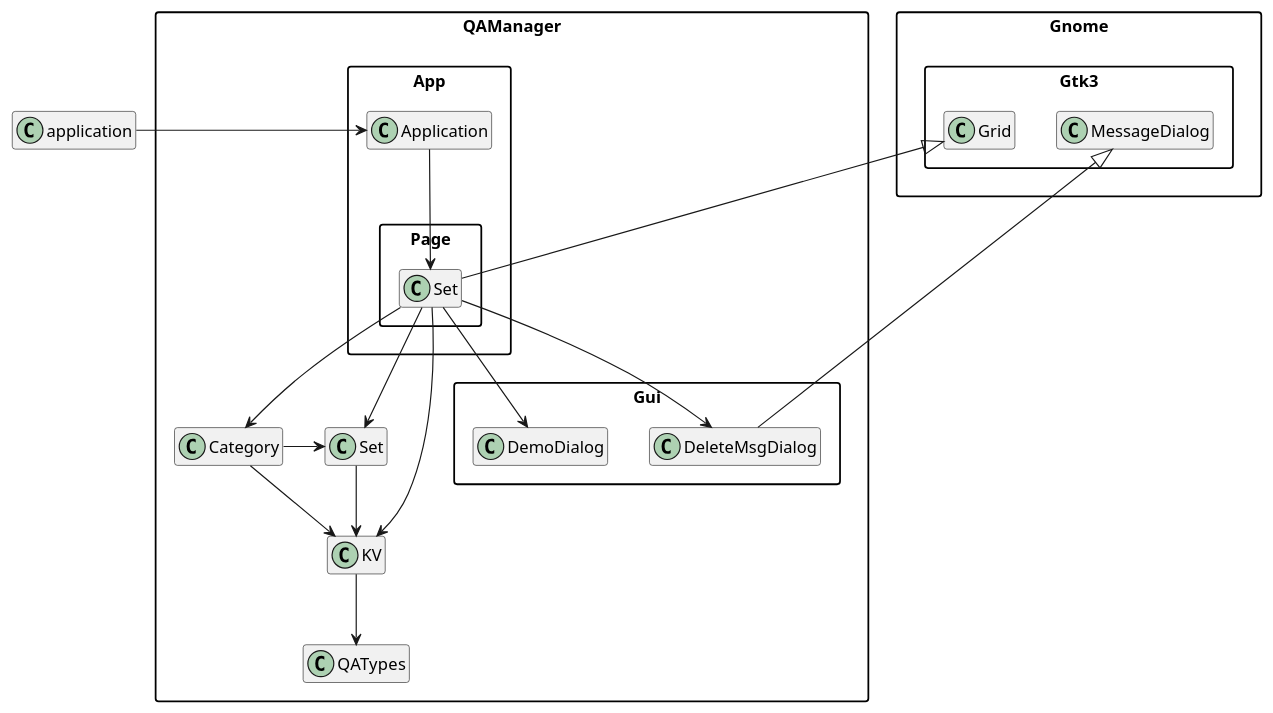
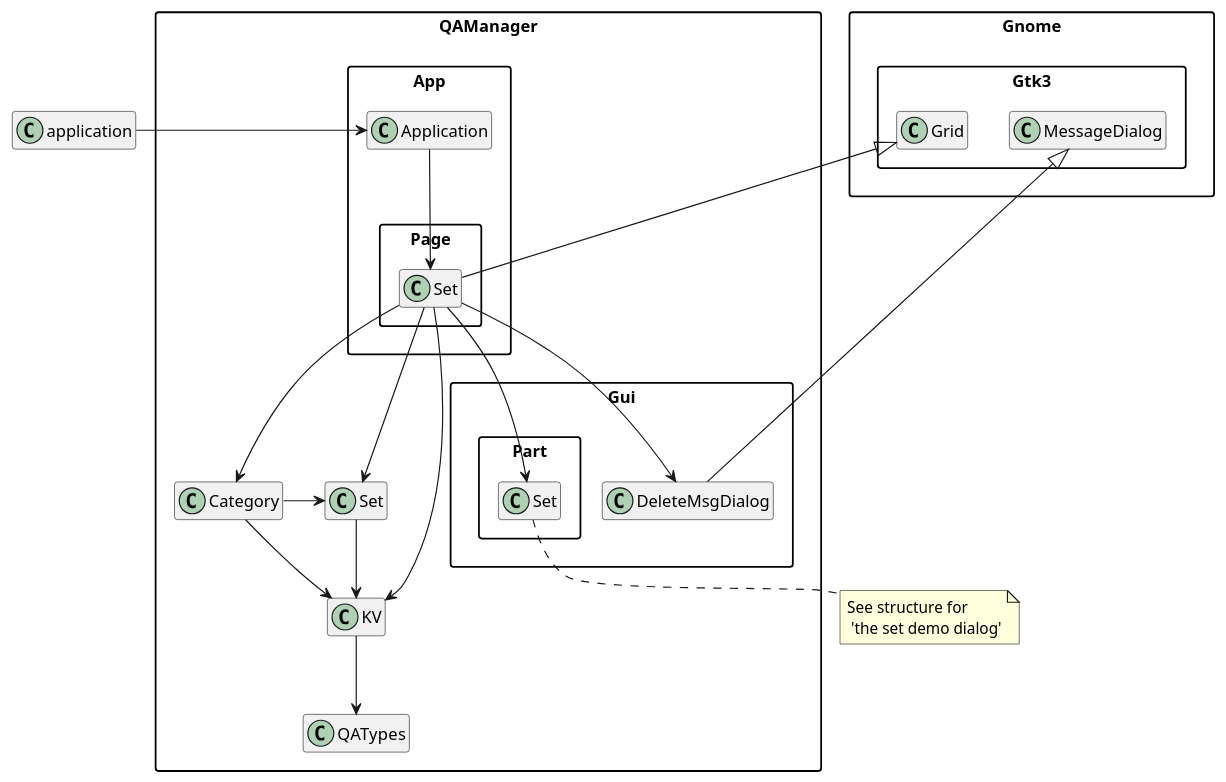
Before and after one commit to MARTIMM/qa-manager: the diagram in doc/plantuml/structure-set.md, drawn with PlantUML. The commit also changed 4 other files, not shown here.

Commit message:
uml notes

````diff
--- a/doc/plantuml/structure-set.md
+++ b/doc/plantuml/structure-set.md
@@ -1,66 +1,70 @@
 ```plantuml
 @startuml
 'scale 0.9
 skinparam packageStyle rectangle
 set namespaceSeparator ::
 hide members
+
+'title part of the Set page
 
 application -> QAManager::App::Application
 
 'QAManager::App::Application --> QAManager::App::ApplicationWindow
 'QAManager::App::Application ---> QAManager::App::Menu::File
 'QAManager::App::Application -> QAManager::App::Menu::Help
 'QAManager::App::Application --> QAManager::App::Page::Category
 'QAManager::App::Application --> QAManager::App::Page::Sheet
 QAManager::App::Application --> QAManager::App::Page::Set
 'Gnome::Gtk3::Application <|-- QAManager::App::Application
 
 'QAManager::App::Page::Category --> QAManager::Category
 'Gnome::Gtk3::Grid <|--- QAManager::App::Page::Category
 
 'QAManager::App::Page::Sheet --> QAManager::Sheet
 'Gnome::Gtk3::Grid <|--- QAManager::App::Page::Sheet
 
 QAManager::App::Page::Set --> QAManager::Category
 QAManager::App::Page::Set --> QAManager::Set
 QAManager::App::Page::Set --> QAManager::KV
-QAManager::App::Page::Set --> QAManager::Gui::DeleteMsgDialog
-QAManager::App::Page::Set --> QAManager::Gui::DemoDialog
+QAManager::App::Page::Set -> QAManager::Gui::DeleteMsgDialog
+QAManager::App::Page::Set --> QAManager::Gui::Part::Set
+note "See structure for\n 'the set demo dialog'" as N1
+QAManager::Gui::Part::Set .. N1
 
 Gnome::Gtk3::Grid <|-- QAManager::App::Page::Set
 
 'QAManager --> QAManager::Category
 'QAManager --> QAManager::Sheet
 'QAManager --> QAManager::Gui::TopLevel
 
 QAManager::Category -> QAManager::Set
 QAManager::Category --> QAManager::KV
 
 'QAManager::Sheet --> QAManager::QATypes
 
 'QAManager::Gui::TopLevel --> QAManager::Gui::Main
 
 QAManager::Set --> QAManager::KV
 
 QAManager::KV --> QAManager::QATypes
 
 'QAManager::Gui::Main --> QAManager::QATypes
 'QAManager::Gui::Main --> QAManager::Set
 
 Gnome::Gtk3::MessageDialog <|-- QAManager::Gui::DeleteMsgDialog
 
 'QAManager::Gui::SetDemoDialog --> QAManager::QATypes
 'QAManager::Gui::SetDemoDialog --> QAManager::Category
 'QAManager::Gui::SetDemoDialog --> QAManager::Set
 'QAManager::Gui::SetDemoDialog --> QAManager::Gui::Part::Dialog
 'QAManager::Gui::SetDemoDialog --> QAManager::Gui::Part::Set
 
 'Gnome::Gtk3::Dialog <|-- QAManager::Gui::Part::Dialog
 
 'QAManager::Gui::Part::Dialog --> QAManager::Set
 'QAManager::Gui::Part::Dialog --> QAManager::KV
 'QAManager::Gui::Part::Dialog --> QAManager::Gui::Part::KV
 'QAManager::Gui::Part::Dialog --> QAManager::Gui::Part::Frame
 
 @enduml
 ```
````
